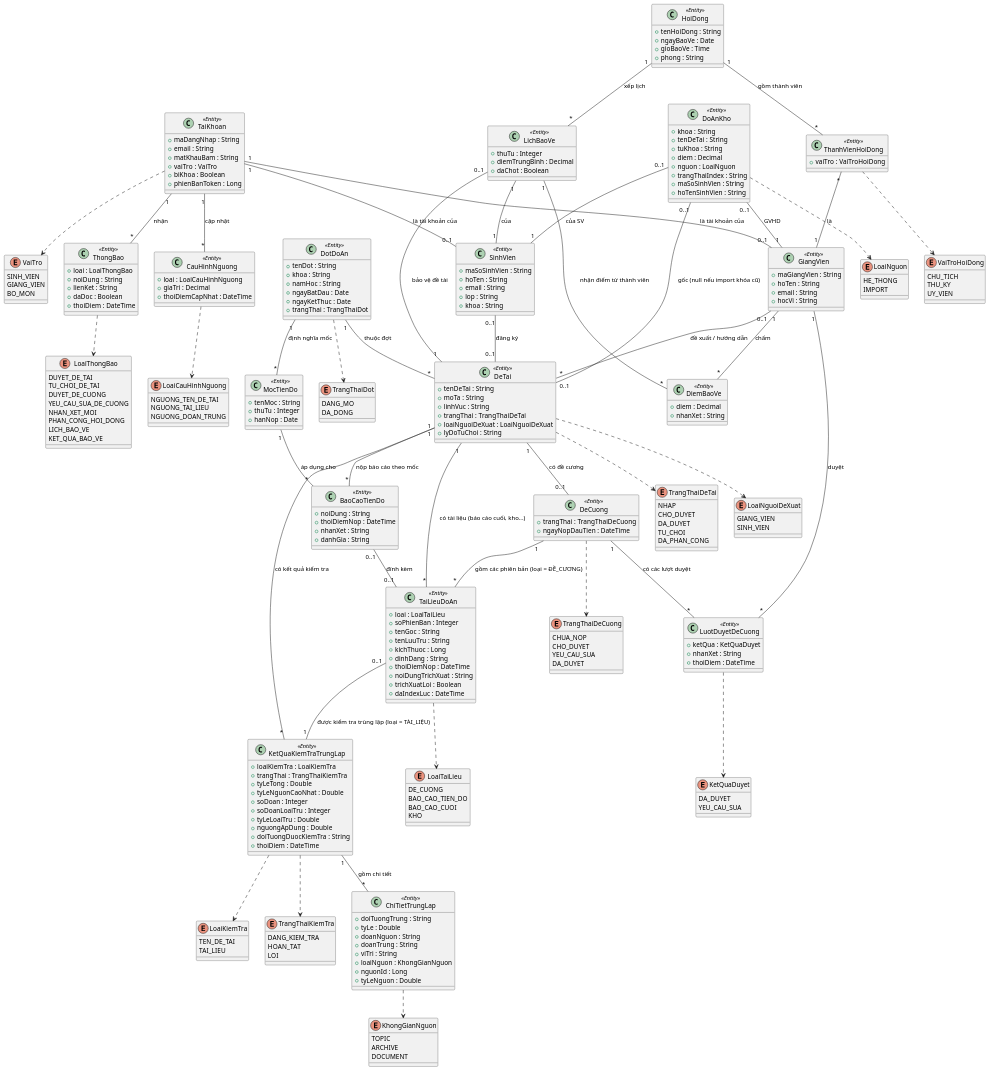
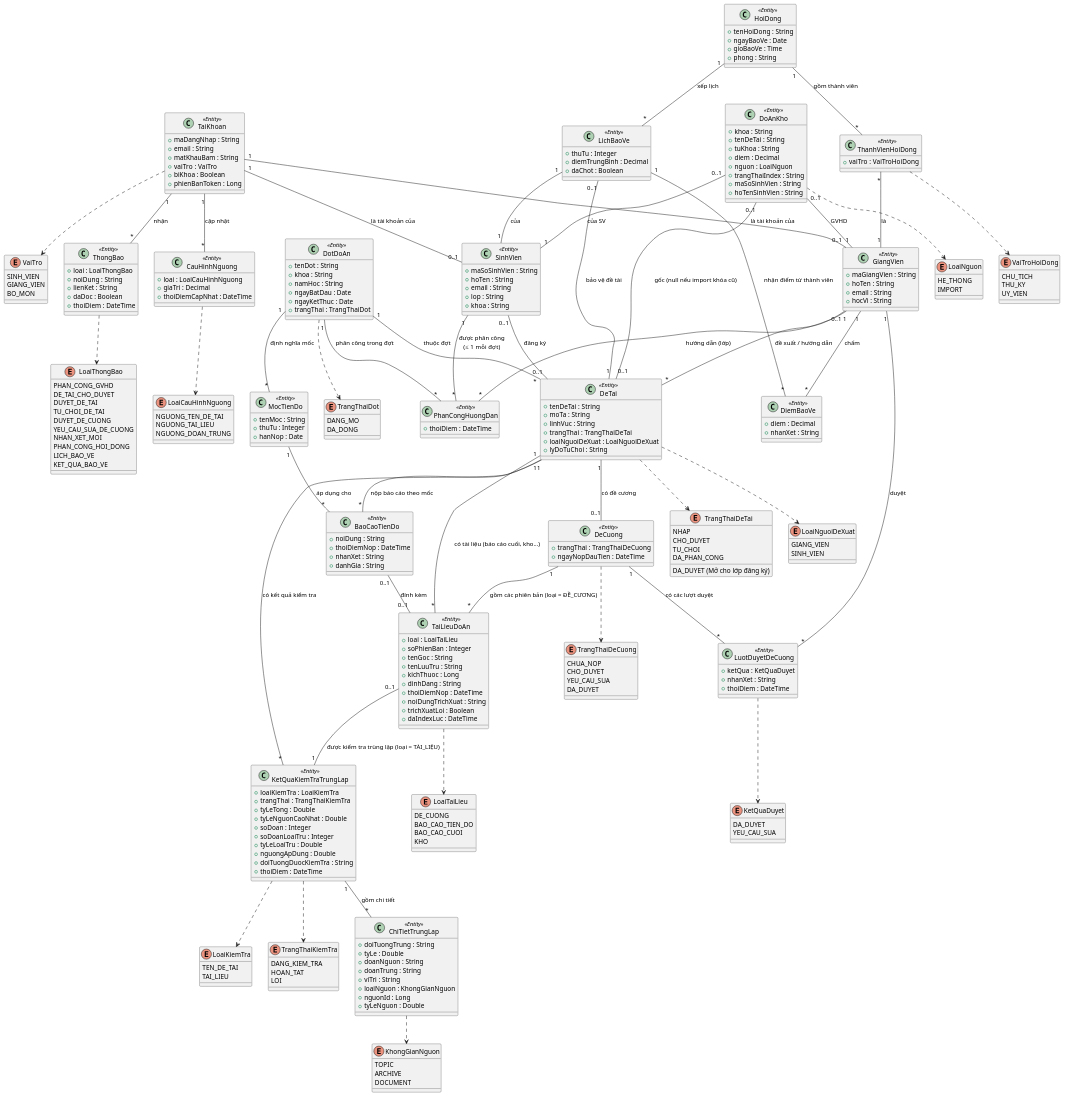
One commit to dtc235200036-alt/ICTU-DATN-NguyenThiMaiAnh changed the diagram in docs/chuong-3-thiet-ke/so-do-lop/lop-thuc-the.puml. Above: the diagram before and after it, drawn with PlantUML. The commit also changed 158 other files, not shown here.

First line of the commit message:
feat: phân công GVHD (UC0.8) + seed danh sách SV/GV thật

```diff
--- a/docs/chuong-3-thiet-ke/so-do-lop/lop-thuc-the.puml
+++ b/docs/chuong-3-thiet-ke/so-do-lop/lop-thuc-the.puml
@@ -17,7 +17,7 @@
 enum TrangThaiDeTai {
   NHAP
   CHO_DUYET
-  DA_DUYET
+  DA_DUYET (Mở cho lớp đăng ký)
   TU_CHOI
   DA_PHAN_CONG
 }
@@ -69,6 +69,8 @@
 }
 
 enum LoaiThongBao {
+  PHAN_CONG_GVHD
+  DE_TAI_CHO_DUYET
   DUYET_DE_TAI
   TU_CHOI_DE_TAI
   DUYET_DE_CUONG
@@ -130,6 +132,10 @@
   +ngayBatDau : Date
   +ngayKetThuc : Date
   +trangThai : TrangThaiDot
+}
+
+class PhanCongHuongDan <<Entity>> {
+  +thoiDiem : DateTime
 }
 
 class DeTai <<Entity>> {
@@ -276,6 +282,14 @@
 KetQuaKiemTraTrungLap "1" -- "*" ChiTietTrungLap : "gồm chi tiết"
 
 ' =====================================================================
+' Associations — phân công GVHD theo đợt (UC0.8, Alembic 0015)
+' Mỗi (DotDoAn, SinhVien) có tối đa một PhanCongHuongDan.
+' =====================================================================
+DotDoAn "1" -- "*" PhanCongHuongDan : "phân công trong đợt"
+SinhVien "1" -- "*" PhanCongHuongDan : "được phân công\n(≤ 1 mỗi đợt)"
+GiangVien "1" -- "*" PhanCongHuongDan : "hướng dẫn (lớp)"
+
+' =====================================================================
 ' Associations — đề cương, tài liệu, tiến độ
 ' =====================================================================
 DotDoAn "1" -- "*" MocTienDo : "định nghĩa mốc"
```
